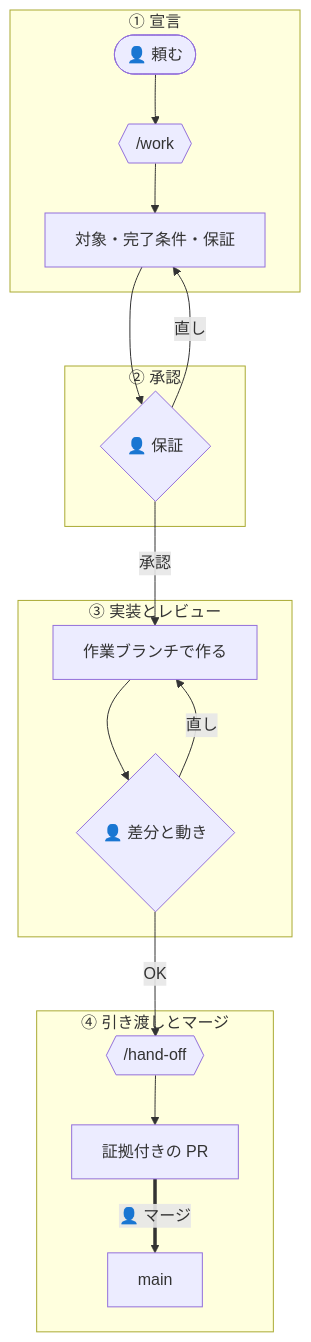
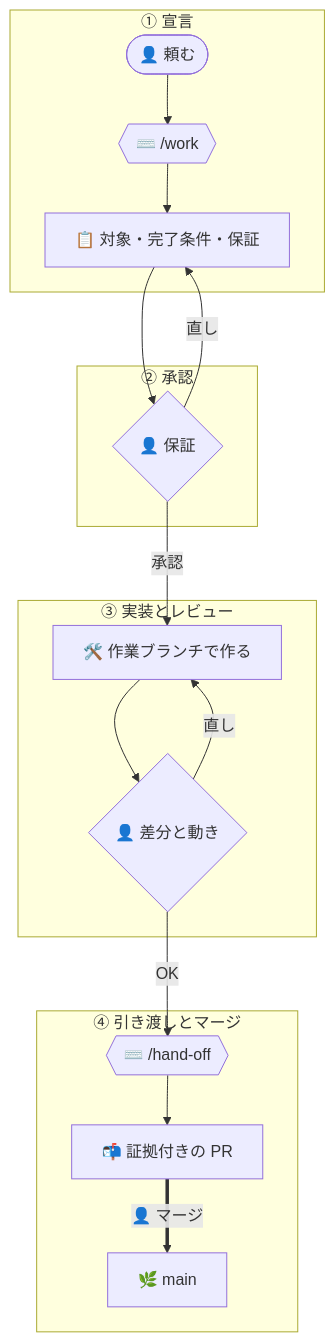
The diagram in docs/flows/solo.md (yktsnet/sdlc-kit), drawn with Mermaid before and after one commit. The commit also changed 2 other files, not shown here.

Commit message:
docs: add an emoji to each Mermaid node (#24)

````diff
--- a/docs/flows/solo.md
+++ b/docs/flows/solo.md
@@ -19,21 +19,21 @@
 ```mermaid
 flowchart TD
     subgraph p1 ["① 宣言"]
-        R(["👤 頼む"]) --> W{{"/work"}}
-        W --> D[対象・完了条件・保証]
+        R(["👤 頼む"]) --> W{{"⌨️ /work"}}
+        W --> D[📋 対象・完了条件・保証]
     end
     subgraph p2 ["② 承認"]
         D --> A{"👤 保証"}
         A -->|直し| D
     end
     subgraph p3 ["③ 実装とレビュー"]
-        A -->|承認| B[作業ブランチで作る]
+        A -->|承認| B[🛠️ 作業ブランチで作る]
         B --> V{"👤 差分と動き"}
         V -->|直し| B
     end
     subgraph p4 ["④ 引き渡しとマージ"]
-        V -->|OK| H{{"/hand-off"}}
-        H --> P[証拠付きの PR]
-        P ==>|"👤 マージ"| M[main]
+        V -->|OK| H{{"⌨️ /hand-off"}}
+        H --> P[📬 証拠付きの PR]
+        P ==>|"👤 マージ"| M[🌿 main]
     end
 ```
````
